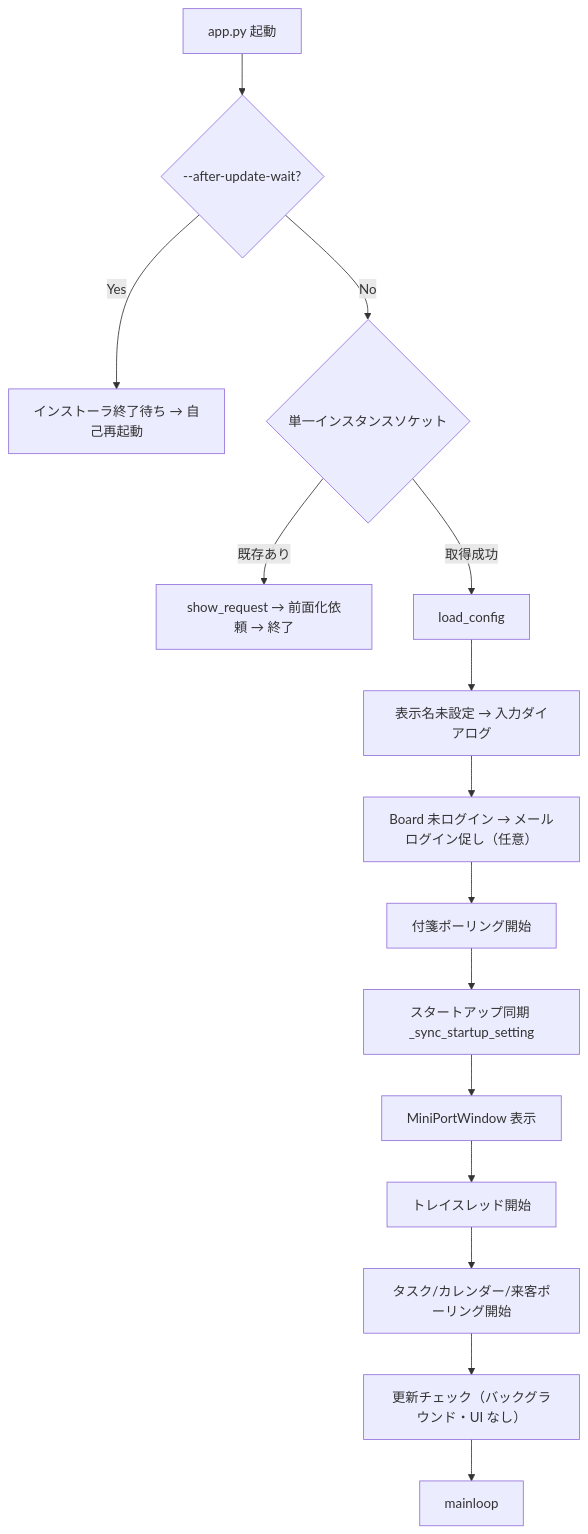
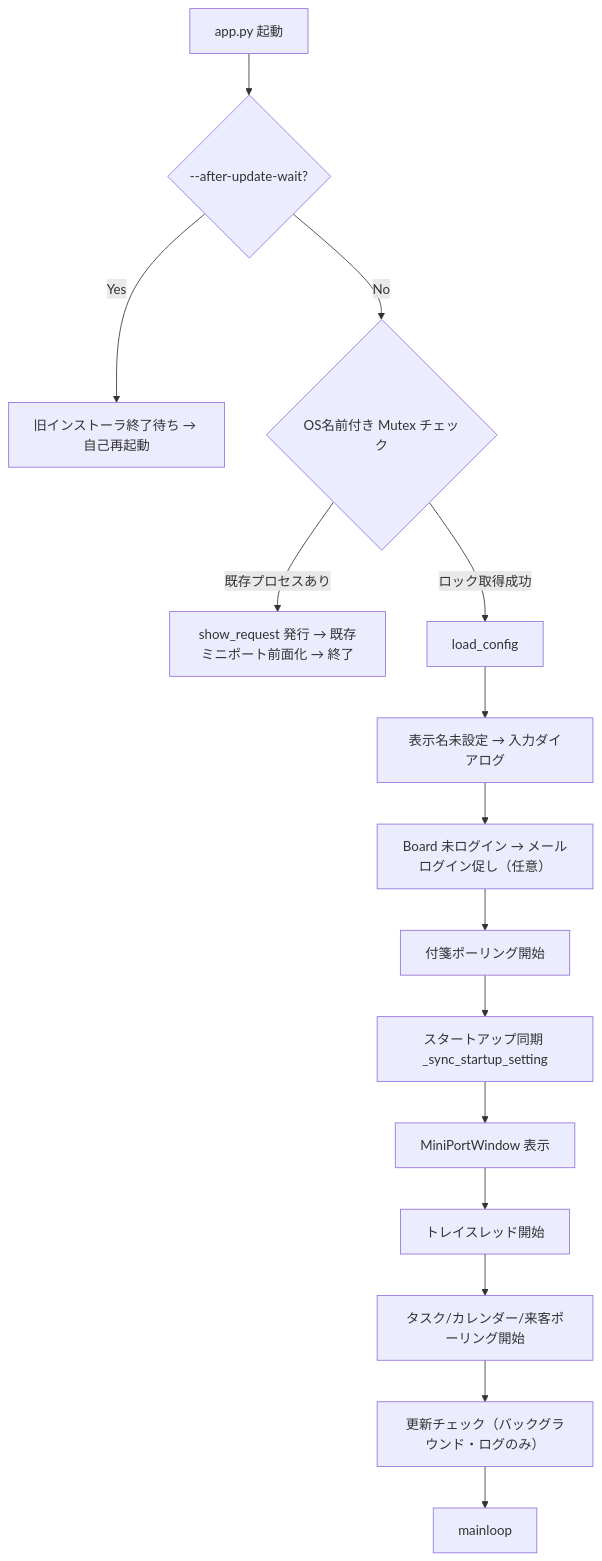
Before and after one commit to yuuyaendo-source/wl-board-pj: the diagram in wl_desktop_app/README.md, drawn with Mermaid. The commit also changed other lines of this file and 10 other files, not shown here.

````diff
--- a/wl_desktop_app/README.md
+++ b/wl_desktop_app/README.md
@@ -67,17 +51,17 @@
 ```mermaid
 flowchart TD
     A[app.py 起動] --> B{--after-update-wait?}
-    B -->|Yes| C[インストーラ終了待ち → 自己再起動]
-    B -->|No| D{単一インスタンスソケット}
-    D -->|既存あり| E[show_request → 前面化依頼 → 終了]
-    D -->|取得成功| F[load_config]
+    B -->|Yes| C[旧インストーラ終了待ち → 自己再起動]
+    B -->|No| D{OS名前付き Mutex チェック}
+    D -->|既存プロセスあり| E[show_request 発行 → 既存ミニポート前面化 → 終了]
+    D -->|ロック取得成功| F[load_config]
     F --> G[表示名未設定 → 入力ダイアログ]
     G --> H[Board 未ログイン → メールログイン促し（任意）]
     H --> I[付箋ポーリング開始]
     I --> I2[スタートアップ同期 _sync_startup_setting]
     I2 --> J[MiniPortWindow 表示]
     J --> K[トレイスレッド開始]
     K --> L[タスク/カレンダー/来客ポーリング開始]
-    L --> M[更新チェック（バックグラウンド・UI なし）]
+    L --> M[更新チェック（バックグラウンド・ログのみ）]
     M --> N[mainloop]
 ```
````
